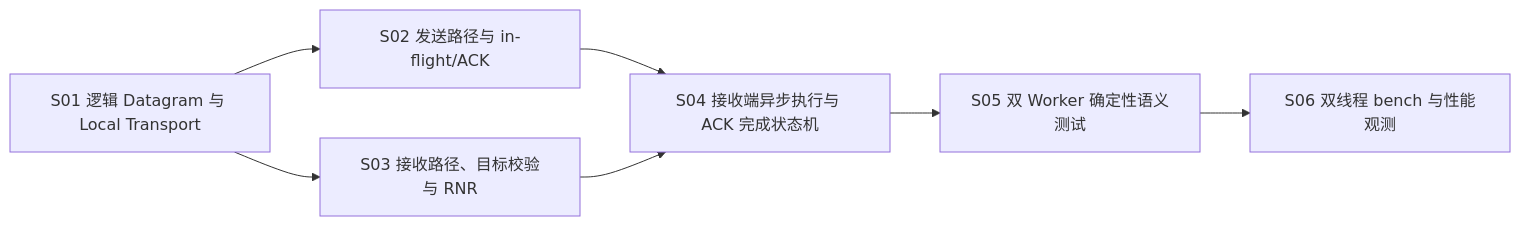
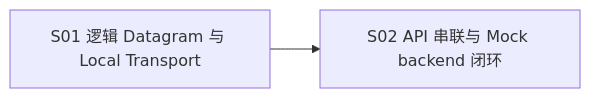
One commit to xuOAO/ugdr changed the second of 2 diagrams in docs/v1_docs/F05_Loop_Worker_与本地_Datagram_数据路径/F05_Loop_Worker_与本地_Datagram_数据路径_功能文档.md. Above: the diagram before and after it, drawn with Mermaid. The commit also changed other lines of this file and 4 other files, not shown here.

````diff
--- a/docs/v1_docs/F05_Loop_Worker_与本地_Datagram_数据路径/F05_Loop_Worker_与本地_Datagram_数据路径_功能文档.md
+++ b/docs/v1_docs/F05_Loop_Worker_与本地_Datagram_数据路径/F05_Loop_Worker_与本地_Datagram_数据路径_功能文档.md
@@ -96,9 +91,4 @@
 ```mermaid
 flowchart LR
-    S01[S01 逻辑 Datagram 与 Local Transport] --> S02[S02 发送路径与 in-flight/ACK]
-    S01 --> S03[S03 接收路径、目标校验与 RNR]
-    S02 --> S04[S04 接收端异步执行与 ACK 完成状态机]
-    S03 --> S04
-    S04 --> S05[S05 双 Worker 确定性语义测试]
-    S05 --> S06[S06 双线程 bench 与性能观测]
+    S01[S01 逻辑 Datagram 与 Local Transport] --> S02[S02 API 串联与 Mock backend 闭环]
 ```
````
